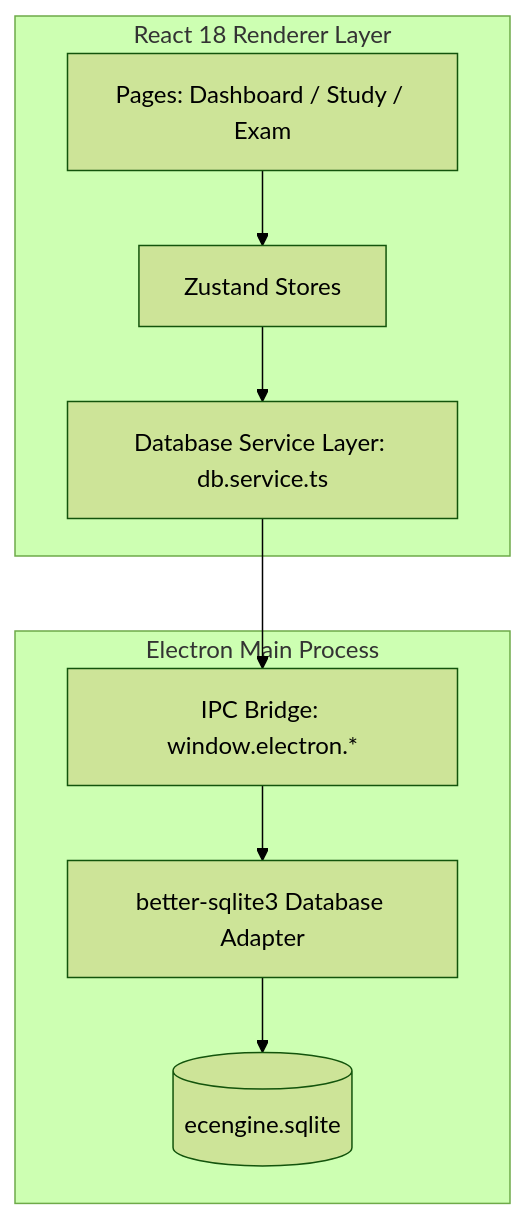
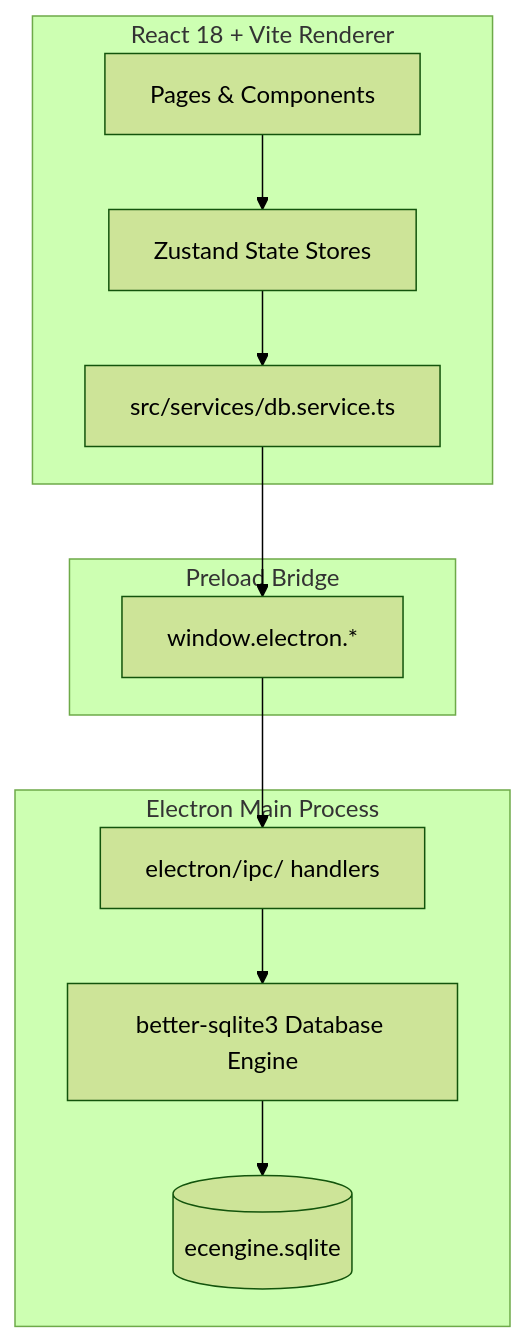
Before and after one commit to vtajaros/ECEngine: the diagram in README.md, drawn with Mermaid (forest theme). The commit also changed other lines of this file and 3 other files, not shown here.

Commit message:
docs: update README with expanded feature list and refined project description, and implement PrintView search functionality with preload bridge.

````diff
--- a/README.md
+++ b/README.md
@@ -123,13 +142,24 @@
 ```mermaid
 flowchart TD
-    subgraph UI_Layer [React 18 Renderer Layer]
-        A[Pages: Dashboard / Study / Exam] --> B[Zustand Stores]
-        B --> C[Database Service Layer: db.service.ts]
+    subgraph Frontend [React 18 + Vite Renderer]
+        UI[Pages & Components]
+        Stores[Zustand State Stores]
+        DBService[src/services/db.service.ts]
+        UI --> Stores
+        Stores --> DBService
     end
 
-    subgraph Desktop_Backend [Electron Main Process]
-        C --> D[IPC Bridge: window.electron.*]
-        D --> F[better-sqlite3 Database Adapter]
-        F --> G[(ecengine.sqlite)]
+    subgraph IPC_Bridge [Preload Bridge]
+        Bridge[window.electron.*]
+        DBService --> Bridge
+    end
+
+    subgraph Backend [Electron Main Process]
+        IPC[electron/ipc/ handlers]
+        SQLite[better-sqlite3 Database Engine]
+        DB[(ecengine.sqlite)]
+        Bridge --> IPC
+        IPC --> SQLite
+        SQLite --> DB
     end
 ```
````
